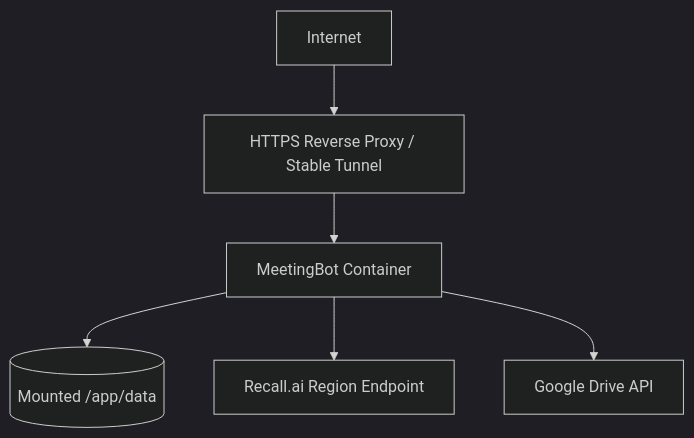
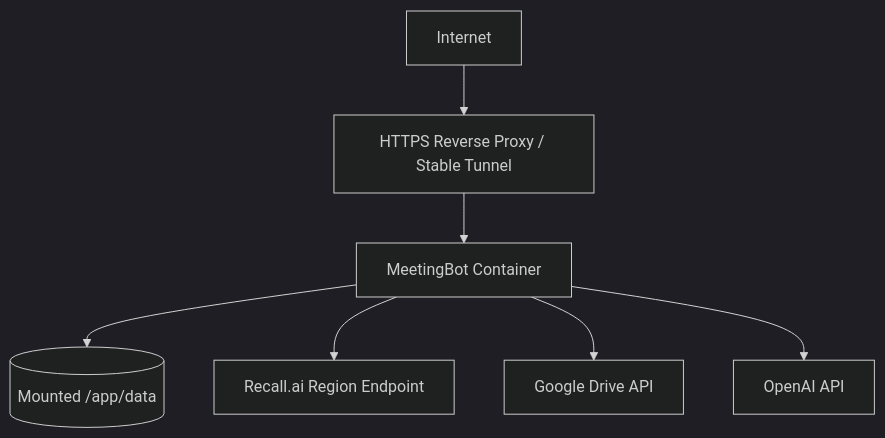
Before and after one commit to iwkz-dev/meetingbot: the eighth of 8 diagrams in docs/ARCHITECTURE.md, drawn with Mermaid (dark theme). The commit also changed other lines of this file and 18 other files, not shown here.

````diff
--- a/docs/ARCHITECTURE.md
+++ b/docs/ARCHITECTURE.md
@@ -363,8 +413,9 @@
 ```mermaid
 flowchart TB
     Internet --> Proxy[HTTPS Reverse Proxy / Stable Tunnel]
     Proxy --> App[MeetingBot Container]
     App --> Data[(Mounted /app/data)]
     App --> Recall[Recall.ai Region Endpoint]
     App --> Google[Google Drive API]
+    App --> OpenAI[OpenAI API]
 ```
````
